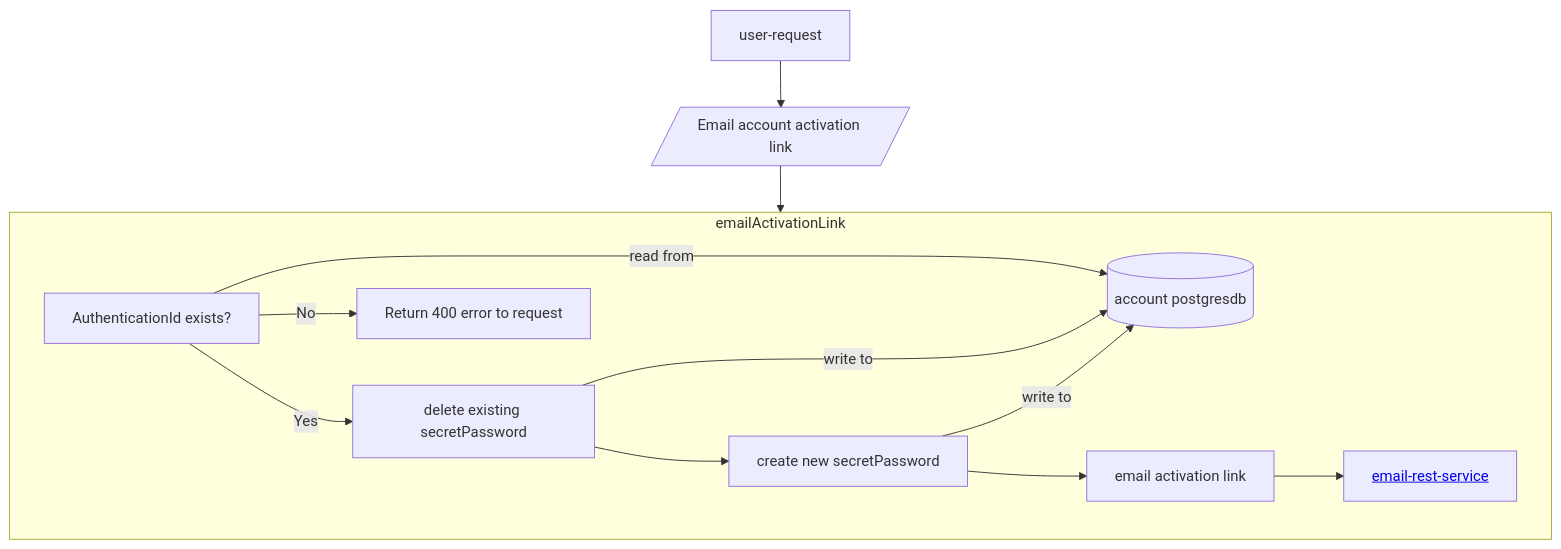
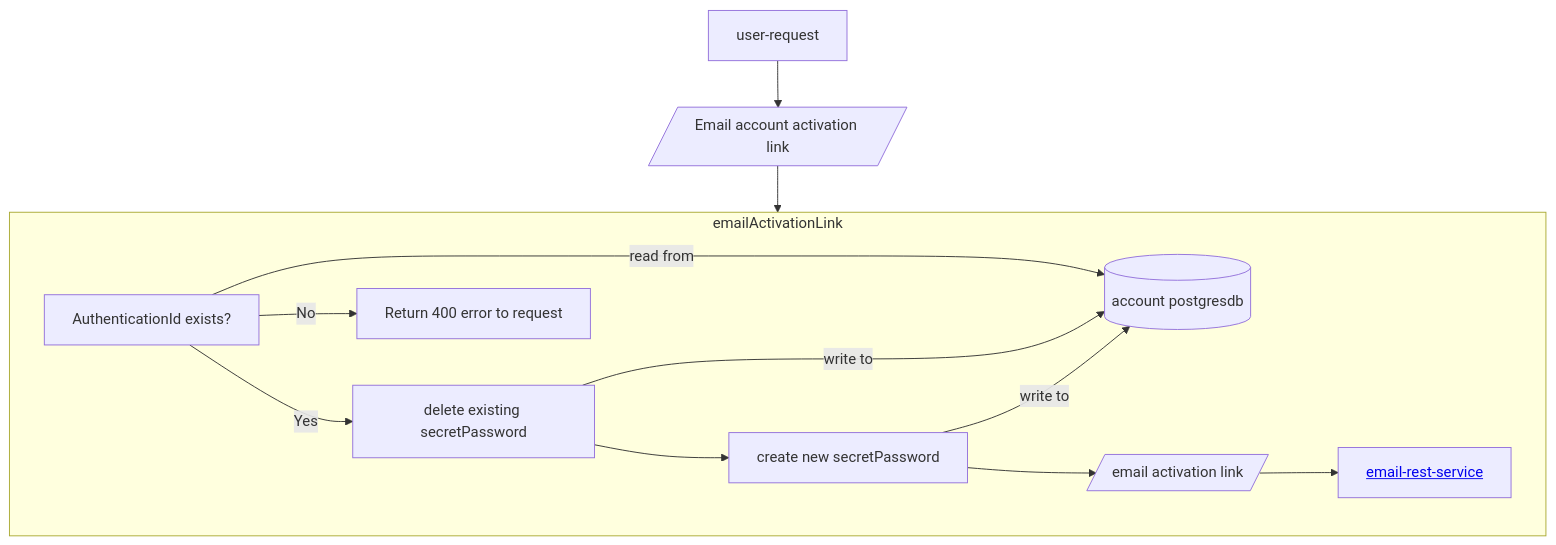
The third of 8 diagrams in README.md (sonamsamdupkhangsar/account-rest-service), drawn with Mermaid before and after one commit.

````diff
--- a/README.md
+++ b/README.md
@@ -110,16 +110,16 @@
 ```mermaid
 flowchart TD
   User[user-request] -->UserEmailActivationLink[/Email account activation link/]--> account-rest-service
   
   subgraph account-rest-service[emailActivationLink]
   validateAuthenticationIdExists["AuthenticationId exists?"]
   validateAuthenticationIdExists --"read from"--> accountDb[(account postgresdb)]
   validateAuthenticationIdExists -->|Yes| deleteAnySecretPassword["delete existing secretPassword"]
   deleteAnySecretPassword --"write to"--> accountDb
   validateAuthenticationIdExists -->|No| ReturnError[Return 400 error to request]
   deleteAnySecretPassword --> createNewSecretPassword["create new secretPassword"]
   createNewSecretPassword --"write to"--> accountDb
-  createNewSecretPassword --> emailActivationLink["email activation link"]
+  createNewSecretPassword --> emailActivationLink[/email activation link/]
   emailActivationLink --> email-rest-service[<a href='https://github.com/sonamsamdupkhangsar/email-rest-service'>email-rest-service</>]    
   end              
 ```
````
